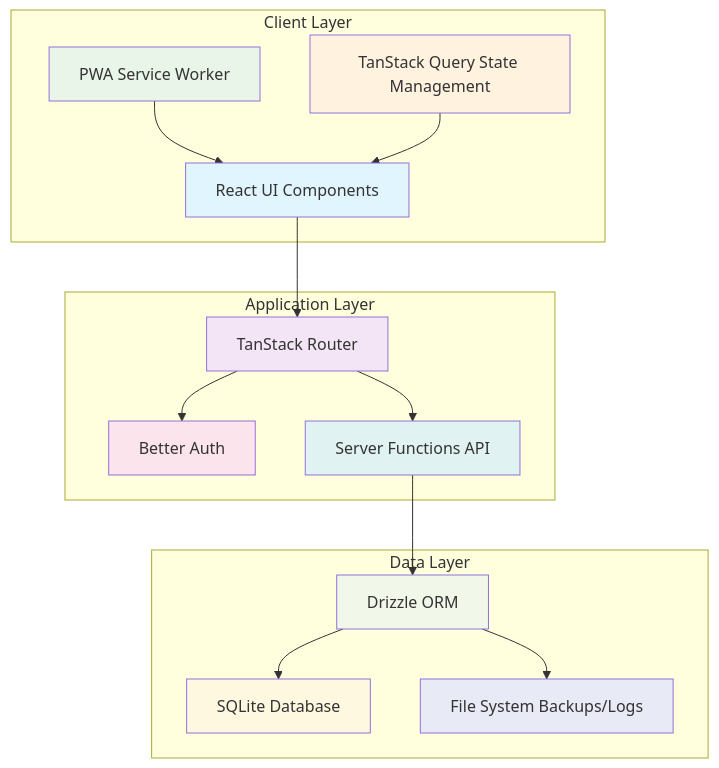
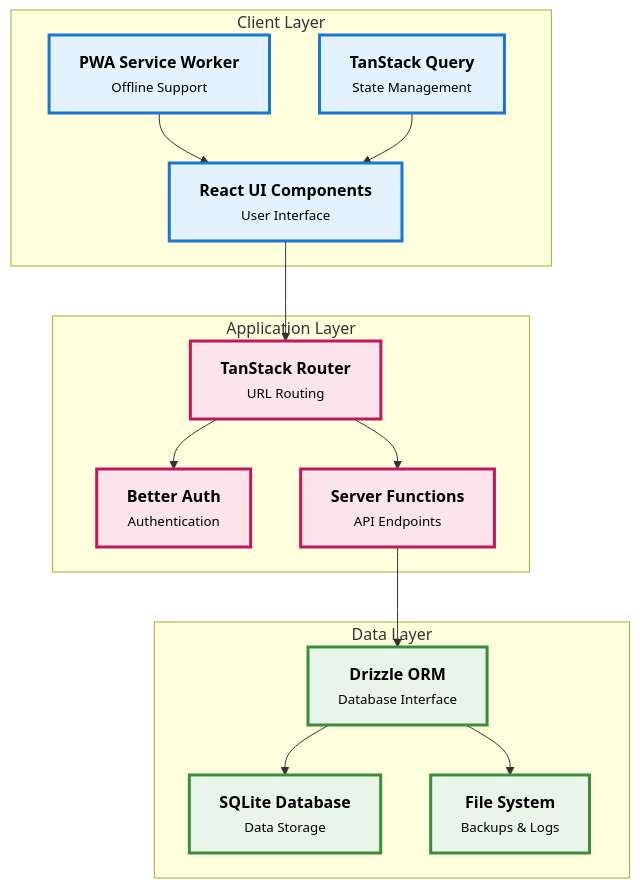
Before and after one commit to Nnadivictory25/farm-assist: the first of 7 diagrams in docs/SYSTEM_DESIGN.md, drawn with Mermaid. The commit also changed other lines of this file and 1 other file, not shown here.

````diff
--- a/docs/SYSTEM_DESIGN.md
+++ b/docs/SYSTEM_DESIGN.md
@@ -27,39 +27,37 @@
 ```mermaid
 graph TB
     subgraph "Client Layer"
-        A[React UI Components]
-        B[PWA Service Worker]
-        C[TanStack Query State Management]
+        A["<b>React UI Components</b><br/><small>User Interface</small>"]
+        B["<b>PWA Service Worker</b><br/><small>Offline Support</small>"]
+        C["<b>TanStack Query</b><br/><small>State Management</small>"]
     end
 
     subgraph "Application Layer"
-        D[TanStack Router]
-        E[Better Auth]
-        F[Server Functions API]
+        D["<b>TanStack Router</b><br/><small>URL Routing</small>"]
+        E["<b>Better Auth</b><br/><small>Authentication</small>"]
+        F["<b>Server Functions</b><br/><small>API Endpoints</small>"]
     end
 
     subgraph "Data Layer"
-        G[Drizzle ORM]
-        H[SQLite Database]
-        I[File System Backups/Logs]
+        G["<b>Drizzle ORM</b><br/><small>Database Interface</small>"]
+        H["<b>SQLite Database</b><br/><small>Data Storage</small>"]
+        I["<b>File System</b><br/><small>Backups & Logs</small>"]
     end
 
     A --> D
     B --> A
     C --> A
     D --> E
     D --> F
     F --> G
     G --> H
     G --> I
 
-    style A fill:#e1f5fe
-    style B fill:#e8f5e8
-    style C fill:#fff3e0
-    style D fill:#f3e5f5
-    style E fill:#fce4ec
-    style F fill:#e0f2f1
-    style G fill:#f1f8e9
-    style H fill:#fff8e1
-    style I fill:#e8eaf6
+    classDef client fill:#e3f2fd,stroke:#1976d2,stroke-width:3px,color:#000000
+    classDef application fill:#fce4ec,stroke:#c2185b,stroke-width:3px,color:#000000
+    classDef data fill:#e8f5e8,stroke:#388e3c,stroke-width:3px,color:#000000
+
+    class A,B,C client
+    class D,E,F application
+    class G,H,I data
 ```
````
